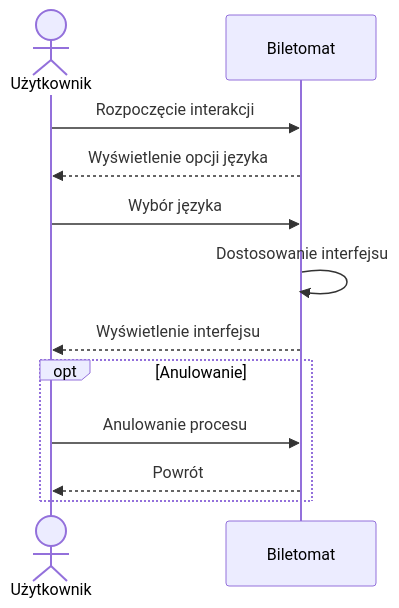
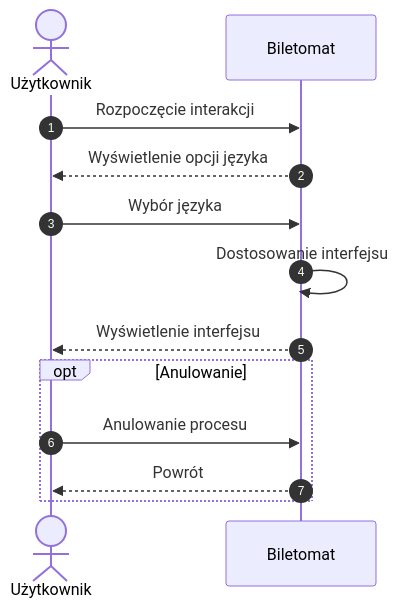
Before and after one commit to Mkkami/MWO: the second of 2 diagrams in sekwencja.md, drawn with Mermaid. The commit also changed other lines of this file, not shown here.

````diff
--- a/sekwencja.md
+++ b/sekwencja.md
@@ -23,17 +27,18 @@
 ```mermaid
 sequenceDiagram
+autonumber
     actor U as Użytkownik
     participant B as Biletomat
 
     U ->> B: Rozpoczęcie interakcji
     B -->>U: Wyświetlenie opcji języka
 
     U ->> B: Wybór języka
     B ->>B: Dostosowanie interfejsu
     B -->>U: Wyświetlenie interfejsu
 
     opt Anulowanie
         U ->> B: Anulowanie procesu
         B -->> U: Powrót
     end    
 ```
````
